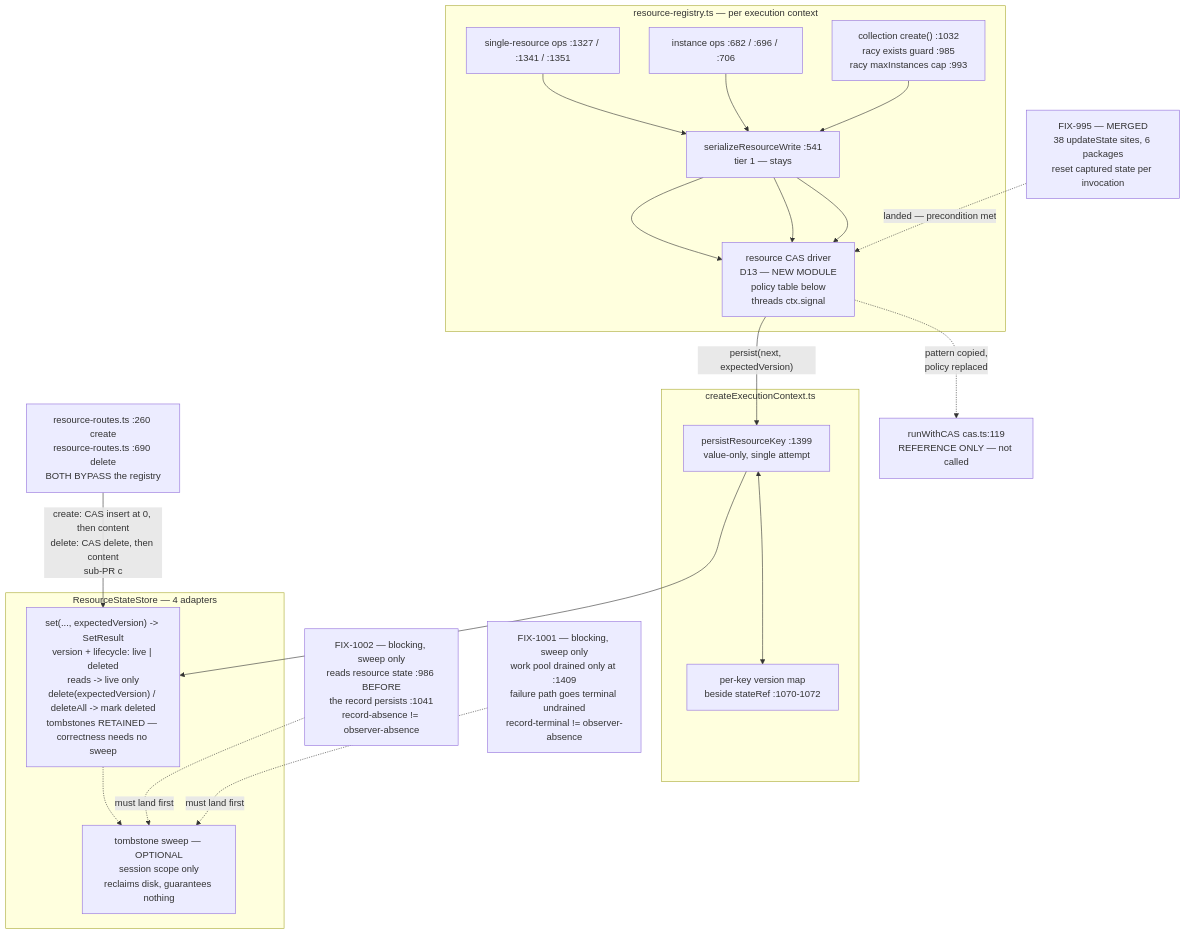
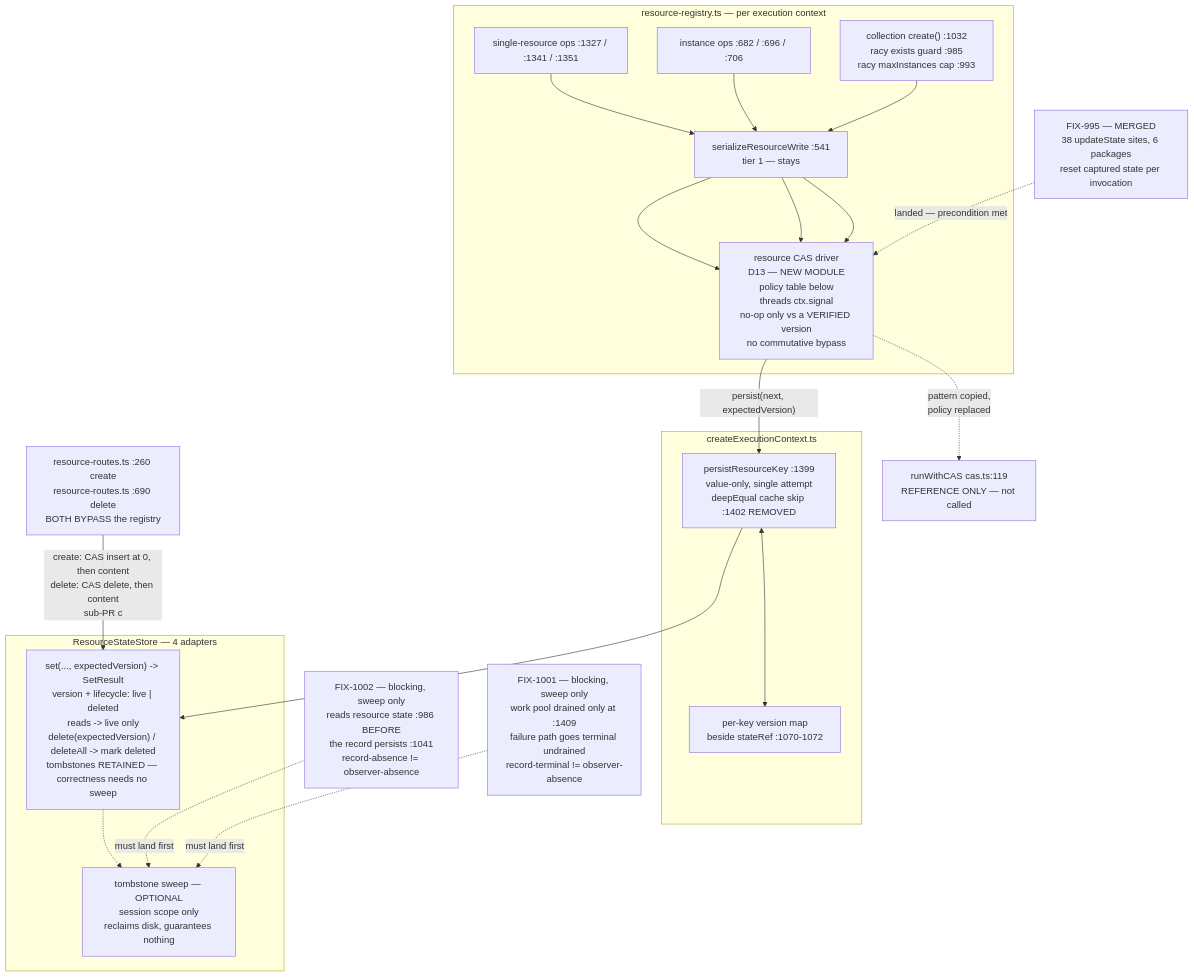
Before and after one commit to fixpoint-labs/flow-state-dev: the diagram in docs/specs/FIX-992.md, drawn with Mermaid. The commit also changed other lines of this file, not shown here.

````diff
--- a/docs/specs/FIX-992.md
+++ b/docs/specs/FIX-992.md
@@ -227,35 +238,35 @@
 ```mermaid
 flowchart TD
     F995["FIX-995 — MERGED<br/>38 updateState sites, 6 packages<br/>reset captured state per invocation"]
     subgraph reg["resource-registry.ts — per execution context"]
       A1["single-resource ops :1327 / :1341 / :1351"]
       A2["instance ops :682 / :696 / :706"]
       A3["collection create() :1032<br/>racy exists guard :985<br/>racy maxInstances cap :993"]
       Q["serializeResourceWrite :541<br/>tier 1 — stays"]
-      CAS["resource CAS driver<br/>D13 — NEW MODULE<br/>policy table below<br/>threads ctx.signal"]
+      CAS["resource CAS driver<br/>D13 — NEW MODULE<br/>policy table below<br/>threads ctx.signal<br/>no-op only vs a VERIFIED version<br/>no commutative bypass"]
       A1 --> Q --> CAS
       A2 --> Q --> CAS
       A3 --> Q --> CAS
     end
     F995 -.->|"landed — precondition met"| CAS
     subgraph ctx["createExecutionContext.ts"]
-      CP["persistResourceKey :1399<br/>value-only, single attempt"]
+      CP["persistResourceKey :1399<br/>value-only, single attempt<br/>deepEqual cache skip :1402 REMOVED"]
       VC["per-key version map<br/>beside stateRef :1070-1072"]
       CP <--> VC
     end
     CAS -->|"persist(next, expectedVersion)"| CP
     R["resource-routes.ts :260 create<br/>resource-routes.ts :690 delete<br/>BOTH BYPASS the registry"]
     subgraph store["ResourceStateStore — 4 adapters"]
       S["set(..., expectedVersion) -> SetResult<br/>version + lifecycle: live | deleted<br/>reads -> live only<br/>delete(expectedVersion) / deleteAll -> mark deleted<br/>tombstones RETAINED — correctness needs no sweep"]
       SW["tombstone sweep — OPTIONAL<br/>session scope only<br/>reclaims disk, guarantees nothing"]
       S -.-> SW
     end
     F1002["FIX-1002 — blocking, sweep only<br/>reads resource state :986 BEFORE<br/>the record persists :1041<br/>record-absence != observer-absence"]
     F1001["FIX-1001 — blocking, sweep only<br/>work pool drained only at :1409<br/>failure path goes terminal undrained<br/>record-terminal != observer-absence"]
     F1002 -.->|"must land first"| SW
     F1001 -.->|"must land first"| SW
     CP --> S
     R -->|"create: CAS insert at 0, then content<br/>delete: CAS delete, then content<br/>sub-PR c"| S
     REF["runWithCAS cas.ts:119<br/>REFERENCE ONLY — not called"]
     CAS -.->|"pattern copied,<br/>policy replaced"| REF
 ```
````
